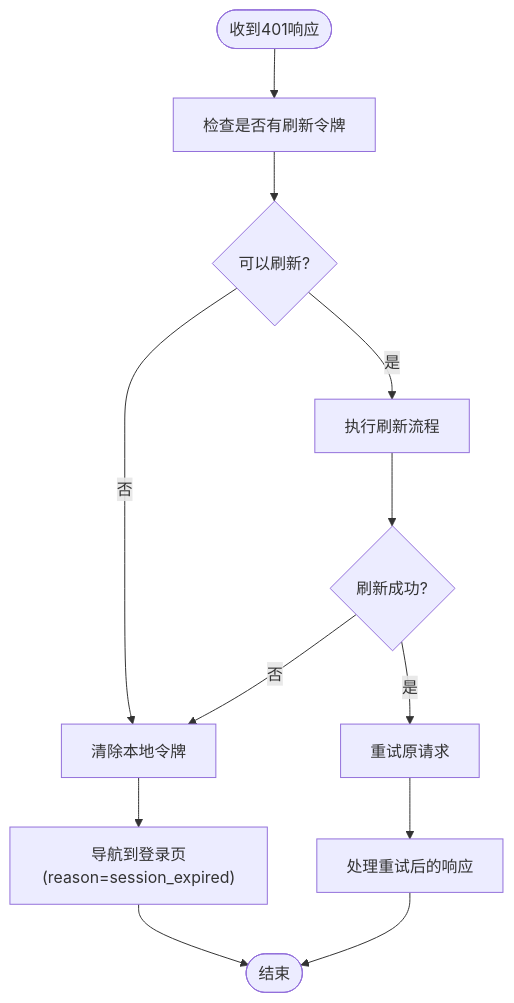
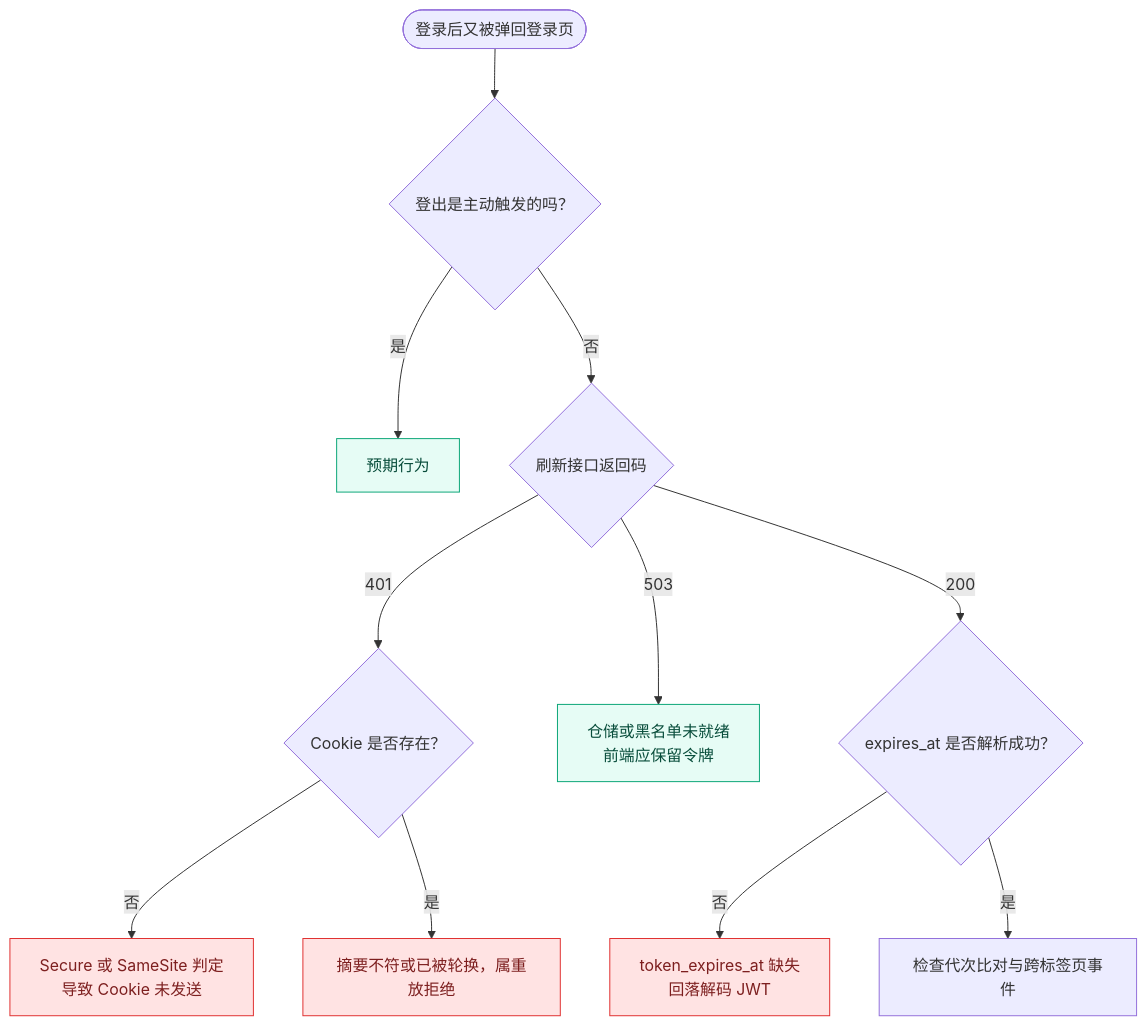
One commit to x01n/My-OpenWaf changed the eighth of 8 diagrams in docs/前端管理界面/Next.js 架构设计/登录流程与鉴权机制.md. Above: the diagram before and after it, drawn with Mermaid. The commit also changed other lines of this file and 622 other files, not shown here.

````diff
--- a/docs/前端管理界面/Next.js 架构设计/登录流程与鉴权机制.md
+++ b/docs/前端管理界面/Next.js 架构设计/登录流程与鉴权机制.md
@@ -327,14 +640,17 @@
 ```mermaid
 flowchart TD
-Start([收到401响应]) --> CheckRefresh["检查是否有刷新令牌"]
-CheckRefresh --> HasRefresh{"可以刷新?"}
-HasRefresh --> |是| RefreshToken["执行刷新流程"]
-HasRefresh --> |否| ClearToken["清除本地令牌"]
-RefreshToken --> RefreshSuccess{"刷新成功?"}
-RefreshSuccess --> |是| RetryRequest["重试原请求"]
-RefreshSuccess --> |否| ClearToken
-ClearToken --> NavigateLogin["导航到登录页(reason=session_expired)"]
-NavigateLogin --> End([结束])
-RetryRequest --> HandleResponse["处理重试后的响应"]
-HandleResponse --> End
+  A(["登录后又被弹回登录页"]) --> B{"登出是主动触发的吗？"}
+  B --> |是| B0["预期行为"]
+  B --> |否| C{"刷新接口返回码"}
+  C --> |"401"| D{"Cookie 是否存在？"}
+  D --> |否| D0["Secure 或 SameSite 判定<br/>导致 Cookie 未发送"]
+  D --> |是| D1["摘要不符或已被轮换，属重放拒绝"]
+  C --> |"503"| E["仓储或黑名单未就绪<br/>前端应保留令牌"]
+  C --> |"200"| F{"expires_at 是否解析成功？"}
+  F --> |否| F0["token_expires_at 缺失<br/>回落解码 JWT"]
+  F --> |是| G["检查代次比对与跨标签页事件"]
+  classDef bad fill:#ffe3e3,stroke:#e03131,color:#7d1f1f
+  classDef good fill:#e6fcf5,stroke:#0ca678,color:#084d3b
+  class D0,D1,F0 bad
+  class B0,E good
 ```
````
